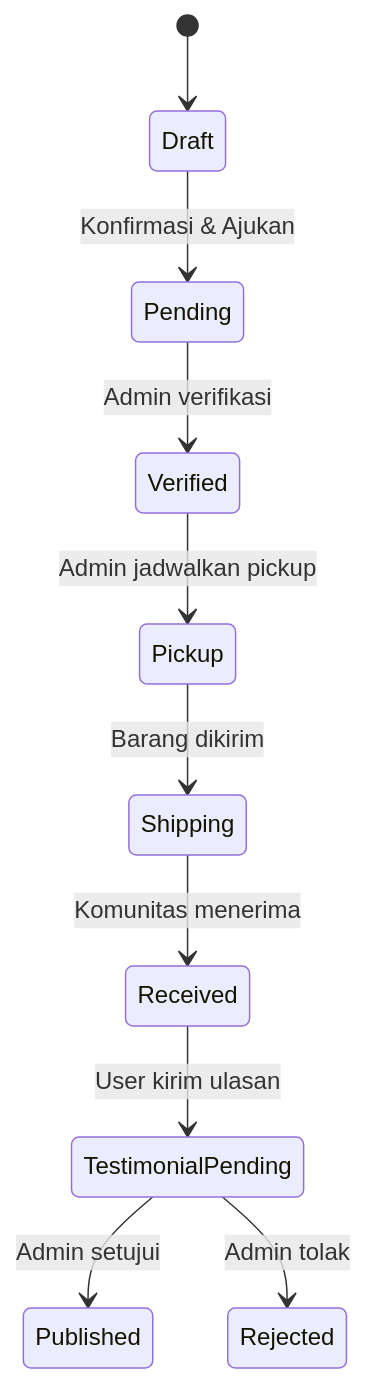
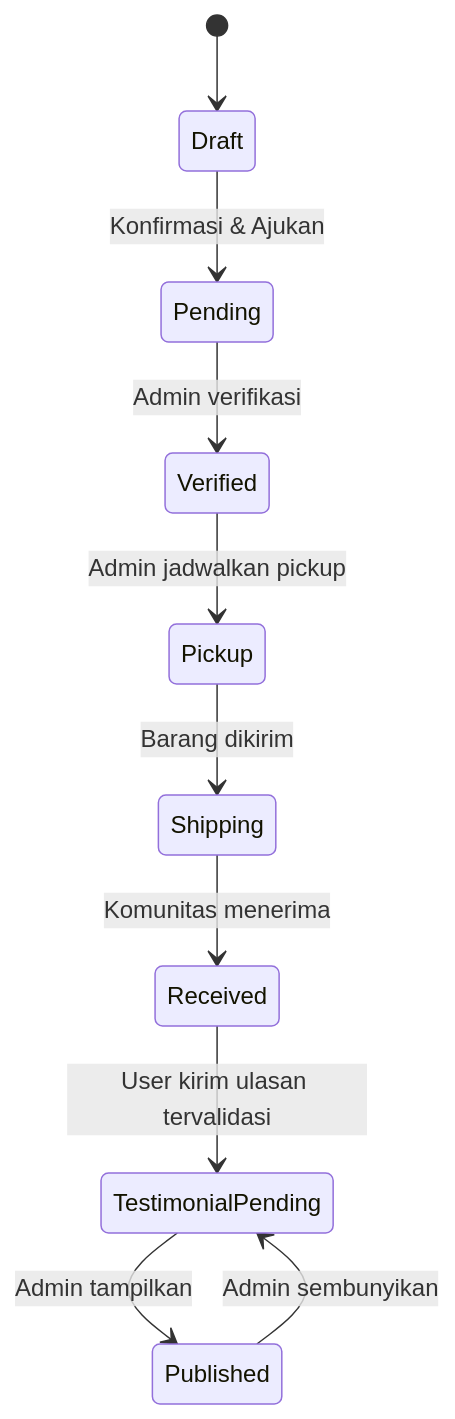
Before and after one commit to ozzie5555/ngoding-sama-wisnu-dan-3anomali: the third of 5 diagrams in backend.md, drawn with Mermaid. The commit also changed other lines of this file and 14 other files, not shown here.

````diff
--- a/backend.md
+++ b/backend.md
@@ -77,12 +77,12 @@
 ```mermaid
 stateDiagram-v2
   [*] --> Draft
   Draft --> Pending: Konfirmasi & Ajukan
   Pending --> Verified: Admin verifikasi
   Verified --> Pickup: Admin jadwalkan pickup
   Pickup --> Shipping: Barang dikirim
   Shipping --> Received: Komunitas menerima
-  Received --> TestimonialPending: User kirim ulasan
-  TestimonialPending --> Published: Admin setujui
-  TestimonialPending --> Rejected: Admin tolak
+  Received --> TestimonialPending: User kirim ulasan tervalidasi
+  TestimonialPending --> Published: Admin tampilkan
+  Published --> TestimonialPending: Admin sembunyikan
 ```
````
